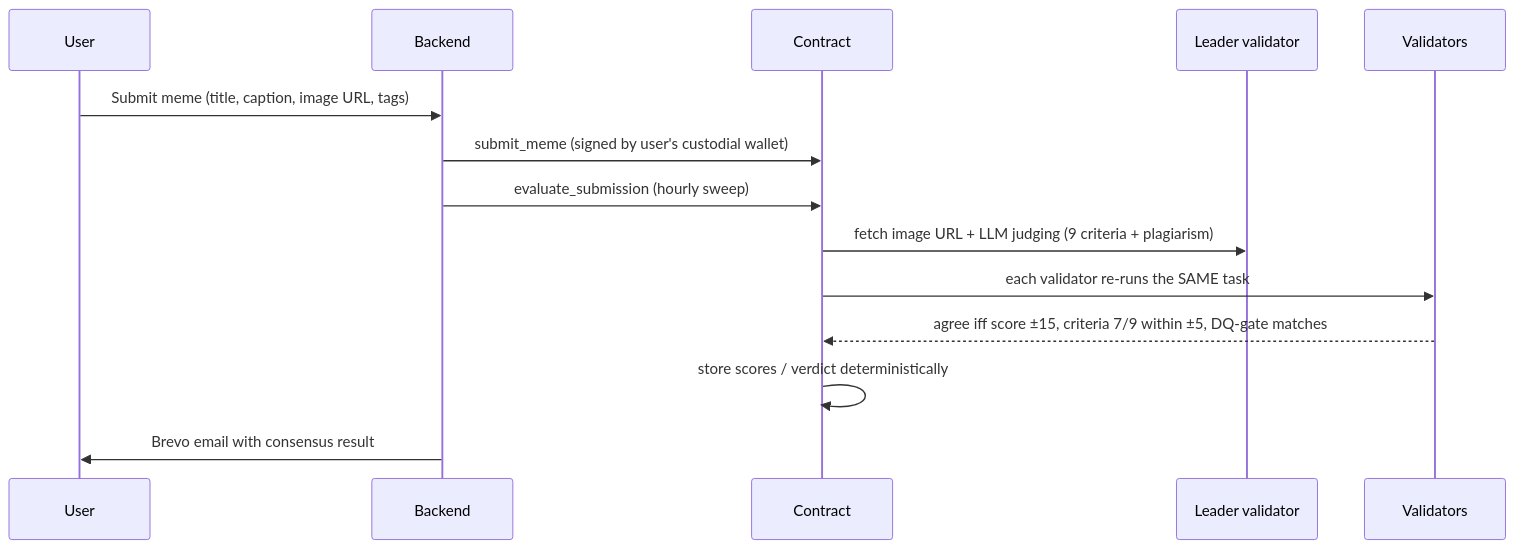
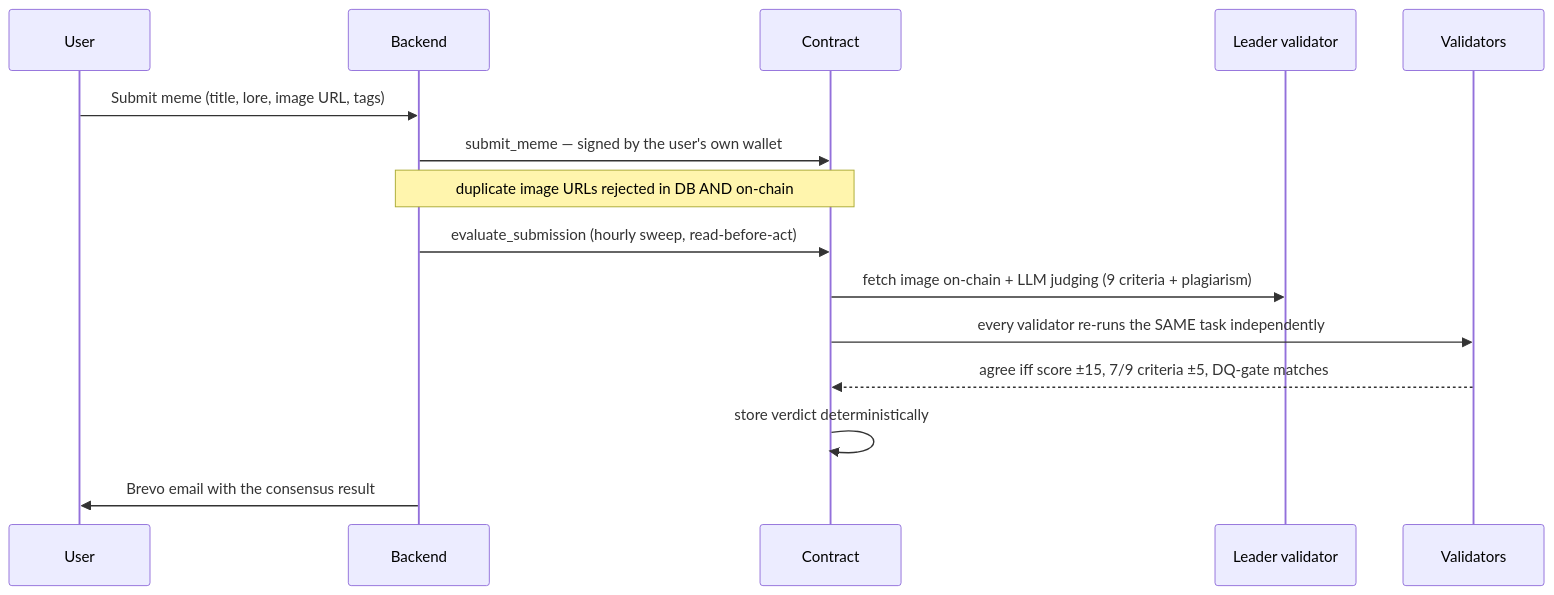
Before and after one commit to zoefunds/Meme-olympics: the second of 2 diagrams in README.md, drawn with Mermaid. The commit also changed other lines of this file and 4 other files, not shown here.

Commit message:
Clickable meme cards with full consensus report page; README refresh

````diff
--- a/README.md
+++ b/README.md
@@ -58,16 +59,17 @@
 ```mermaid
 sequenceDiagram
   participant U as User
   participant API as Backend
   participant C as Contract
   participant L as Leader validator
   participant V as Validators
-  U->>API: Submit meme (title, caption, image URL, tags)
-  API->>C: submit_meme (signed by user's custodial wallet)
-  API->>C: evaluate_submission (hourly sweep)
-  C->>L: fetch image URL + LLM judging (9 criteria + plagiarism)
-  C->>V: each validator re-runs the SAME task
-  V-->>C: agree iff score ±15, criteria 7/9 within ±5, DQ-gate matches
-  C->>C: store scores / verdict deterministically
-  API->>U: Brevo email with consensus result
+  U->>API: Submit meme (title, lore, image URL, tags)
+  API->>C: submit_meme — signed by the user's own wallet
+  Note over API,C: duplicate image URLs rejected in DB AND on-chain
+  API->>C: evaluate_submission (hourly sweep, read-before-act)
+  C->>L: fetch image on-chain + LLM judging (9 criteria + plagiarism)
+  C->>V: every validator re-runs the SAME task independently
+  V-->>C: agree iff score ±15, 7/9 criteria ±5, DQ-gate matches
+  C->>C: store verdict deterministically
+  API->>U: Brevo email with the consensus result
 ```
````
